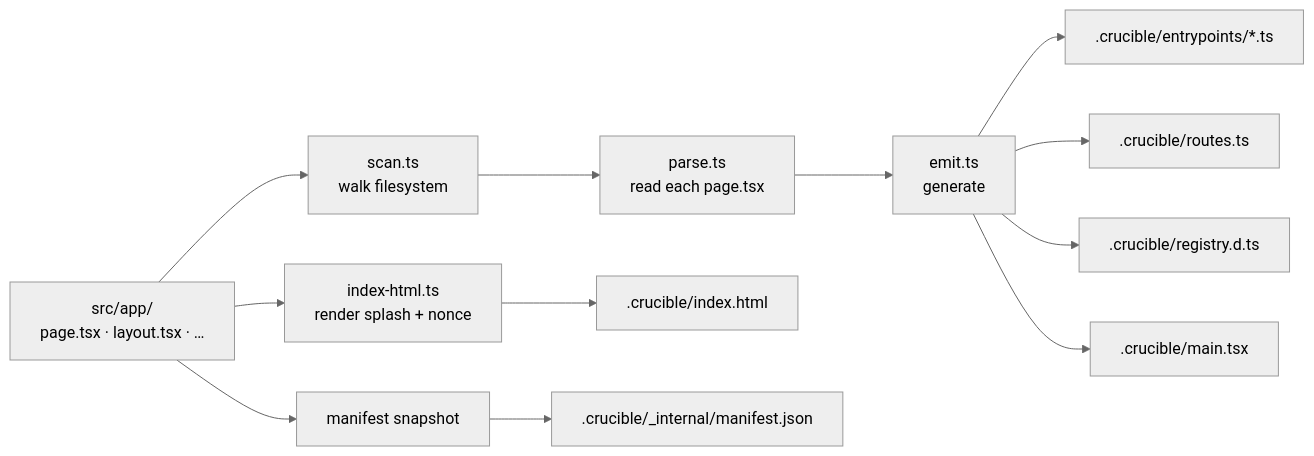
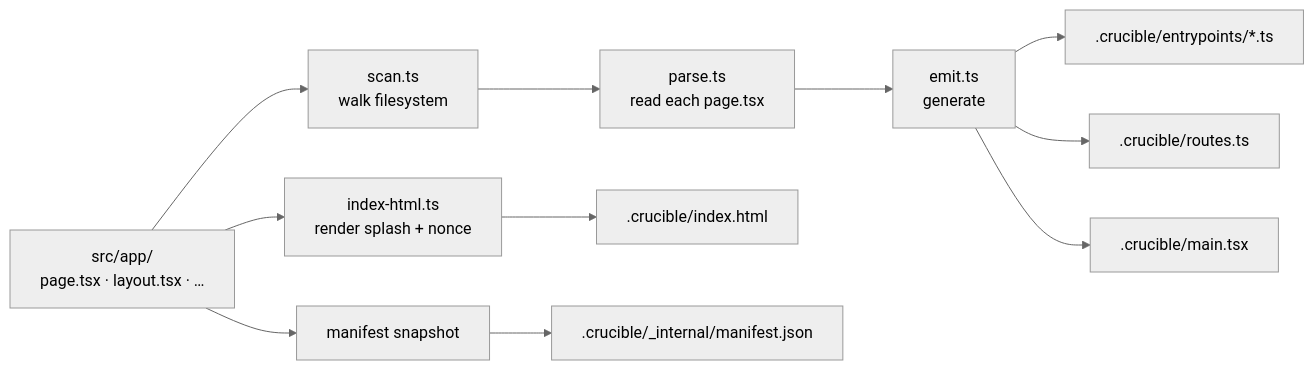
One commit to austinbuckler/crucible changed the diagram in docs/codegen.md. Above: the diagram before and after it, drawn with Mermaid (neutral theme). The commit also changed other lines of this file and 34 other files, not shown here.

````diff
--- a/docs/codegen.md
+++ b/docs/codegen.md
@@ -5,15 +5,14 @@
 ```mermaid
 flowchart LR
   src["src/app/<br/>page.tsx · layout.tsx · …"]
   src --> scan[scan.ts<br/>walk filesystem]
   scan --> parse[parse.ts<br/>read each page.tsx]
   parse --> emit[emit.ts<br/>generate]
   emit --> entrypoints[".crucible/entrypoints/*.ts"]
   emit --> routes[".crucible/routes.ts"]
-  emit --> registry[".crucible/registry.d.ts"]
   emit --> main[".crucible/main.tsx"]
   src --> indexhtml[index-html.ts<br/>render splash + nonce]
   indexhtml --> html[".crucible/index.html"]
   src --> manifest[manifest snapshot]
   manifest --> json[".crucible/_internal/manifest.json"]
 ```
````
